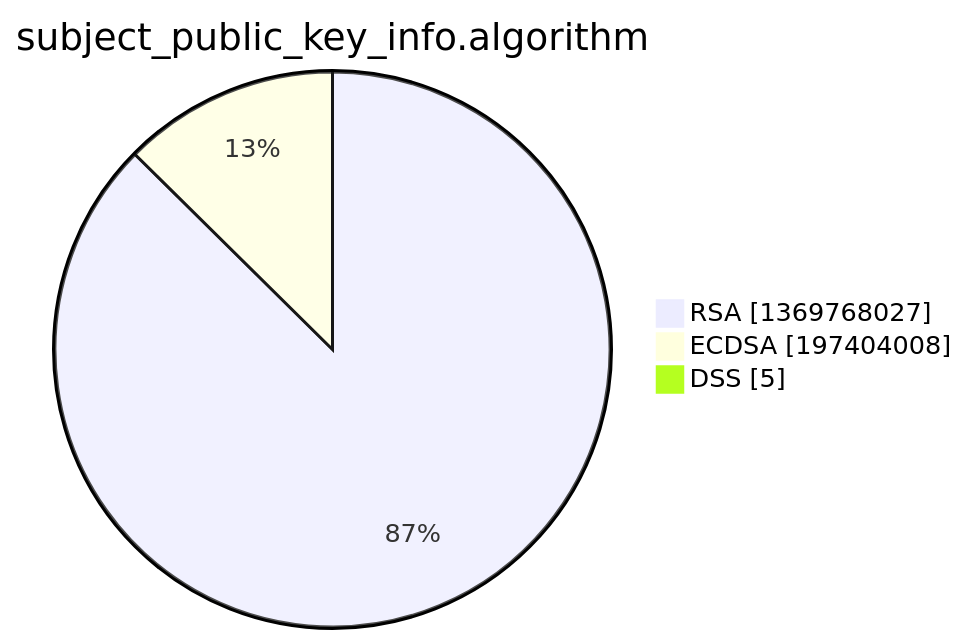
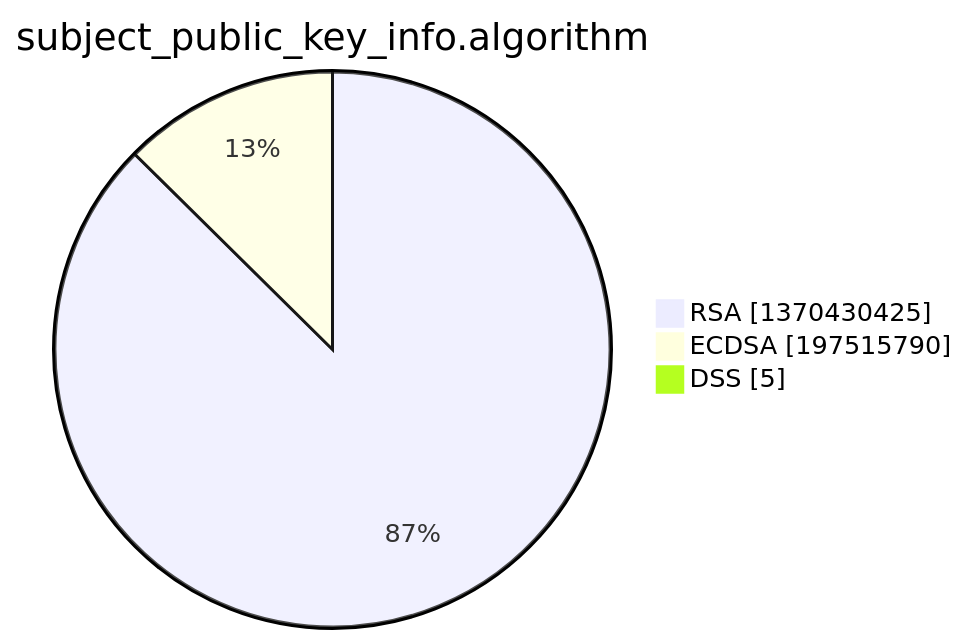
One commit to christiankrug/ctmonitor_visualization changed the third of 15 diagrams in xenon2022/README.md. Above: the diagram before and after it, drawn with Mermaid. The commit also changed other lines of this file, not shown here.

````diff
--- a/xenon2022/README.md
+++ b/xenon2022/README.md
@@ -14,7 +14,7 @@
 ```mermaid
 pie showData
 title subject_public_key_info.algorithm
-"RSA" :1369768027
-"ECDSA" :197404008
+"RSA" :1370430425
+"ECDSA" :197515790
 "DSS" :5
 ```
````
